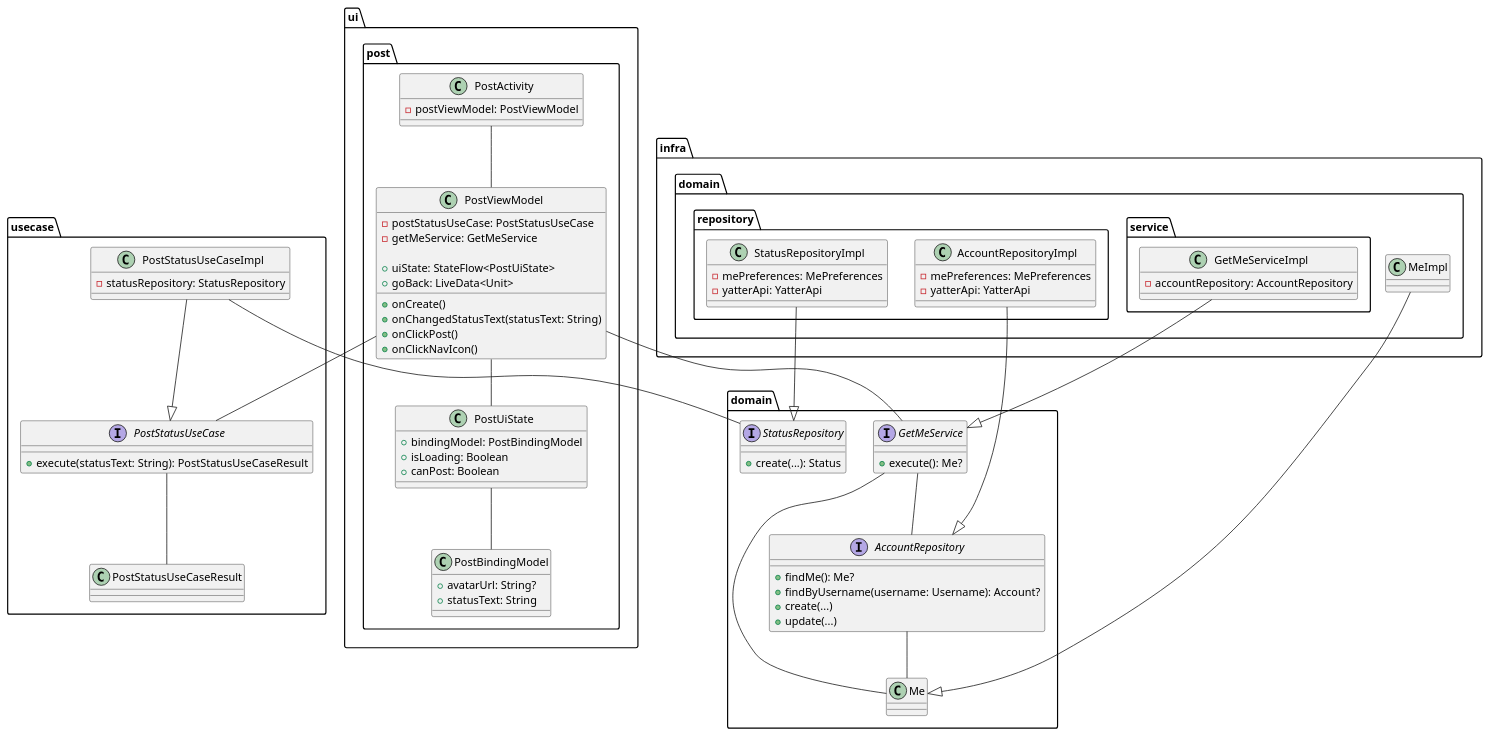
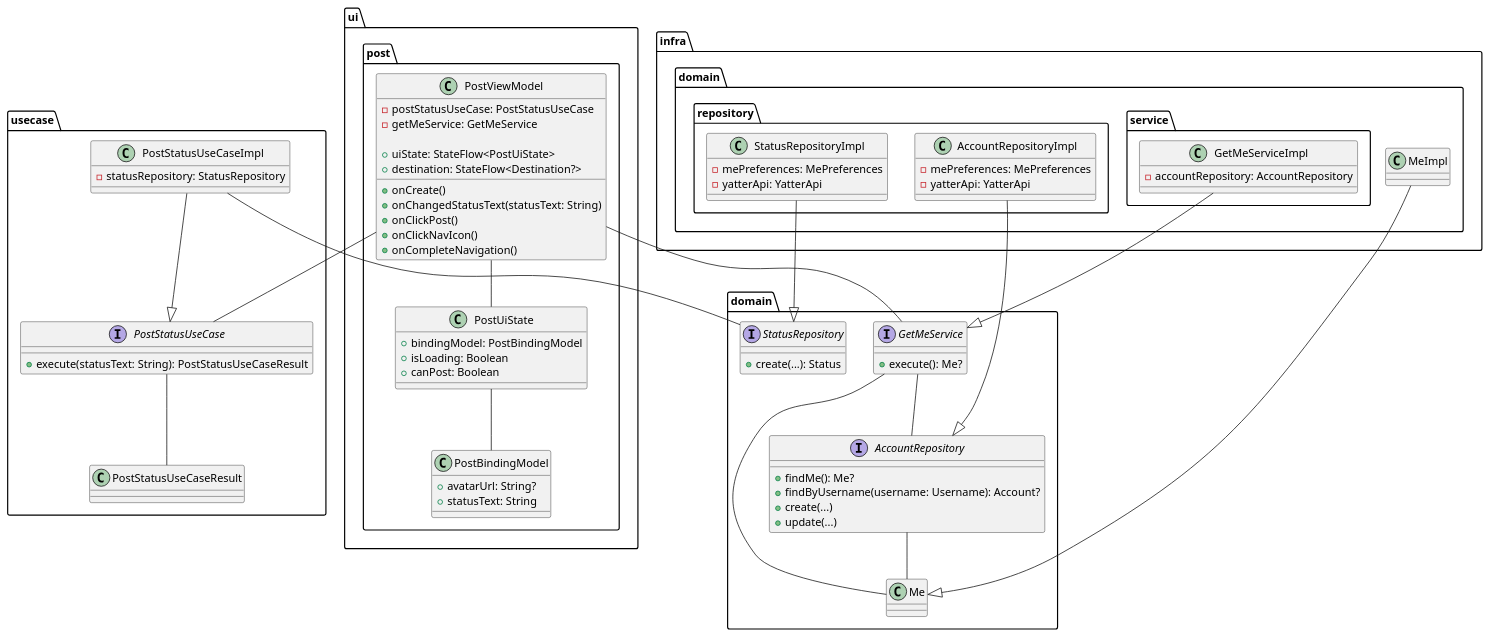
The diagram in design/tweet.puml (suzukibelltree/Yatter2025-Internship), drawn with PlantUML before and after one commit. The commit also changed 4 other files, not shown here.

```diff
--- a/design/tweet.puml
+++ b/design/tweet.puml
@@ -1,105 +1,101 @@
 @startuml
 
 package domain {
   class Me
   interface AccountRepository {
     + findMe(): Me?
     + findByUsername(username: Username): Account?
     + create(...)
     + update(...)
   }
 
   interface GetMeService {
     + execute(): Me?
   }
 
   interface StatusRepository {
     + create(...): Status
   }
 }
 
 package infra {
   package domain {
     class MeImpl
     package repository {
       class AccountRepositoryImpl {
         - mePreferences: MePreferences
         - yatterApi: YatterApi
       }
 
       class StatusRepositoryImpl {
         - mePreferences: MePreferences
         - yatterApi: YatterApi
       }
     }
     package service {
       class GetMeServiceImpl {
         - accountRepository: AccountRepository
       }
     }
   }
 }
 
 package usecase {
   interface PostStatusUseCase {
     + execute(statusText: String): PostStatusUseCaseResult
   }
 
   class PostStatusUseCaseImpl {
     - statusRepository: StatusRepository
   }
 
   class PostStatusUseCaseResult
 }
 
 package ui.post {
   class PostViewModel {
     - postStatusUseCase: PostStatusUseCase
     - getMeService: GetMeService
 
     + uiState: StateFlow<PostUiState>
-    + goBack: LiveData<Unit>
+    + destination: StateFlow<Destination?>
 
     + onCreate()
     + onChangedStatusText(statusText: String)
     + onClickPost()
     + onClickNavIcon()
-  }
-
-  class PostActivity {
-    - postViewModel: PostViewModel
+    + onCompleteNavigation()
   }
 
   class PostUiState {
     + bindingModel: PostBindingModel
     + isLoading: Boolean
     + canPost: Boolean
   }
 
   class PostBindingModel {
     + avatarUrl: String?
     + statusText: String
   }
 }
 
 MeImpl --|> Me
 AccountRepository -- Me
 GetMeService -- Me
 
 GetMeServiceImpl --|> GetMeService
 AccountRepositoryImpl --|> AccountRepository
 StatusRepositoryImpl --|> StatusRepository
 
 GetMeService -- AccountRepository
 
 PostStatusUseCaseImpl --|> PostStatusUseCase
 PostStatusUseCase -- PostStatusUseCaseResult
 PostStatusUseCaseImpl -- StatusRepository
 
-PostActivity -- PostViewModel
 PostViewModel -- PostUiState
 PostUiState -- PostBindingModel
 
 PostViewModel -- PostStatusUseCase
 PostViewModel -- GetMeService
 @enduml
```
